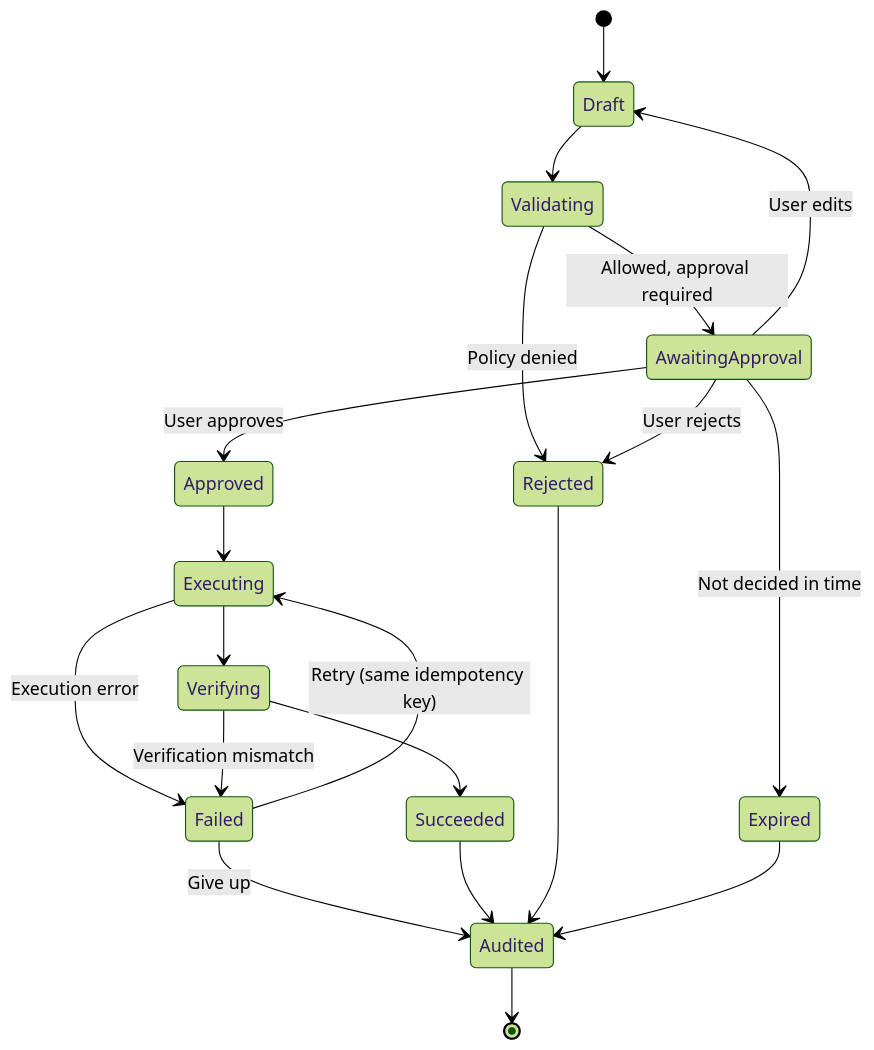
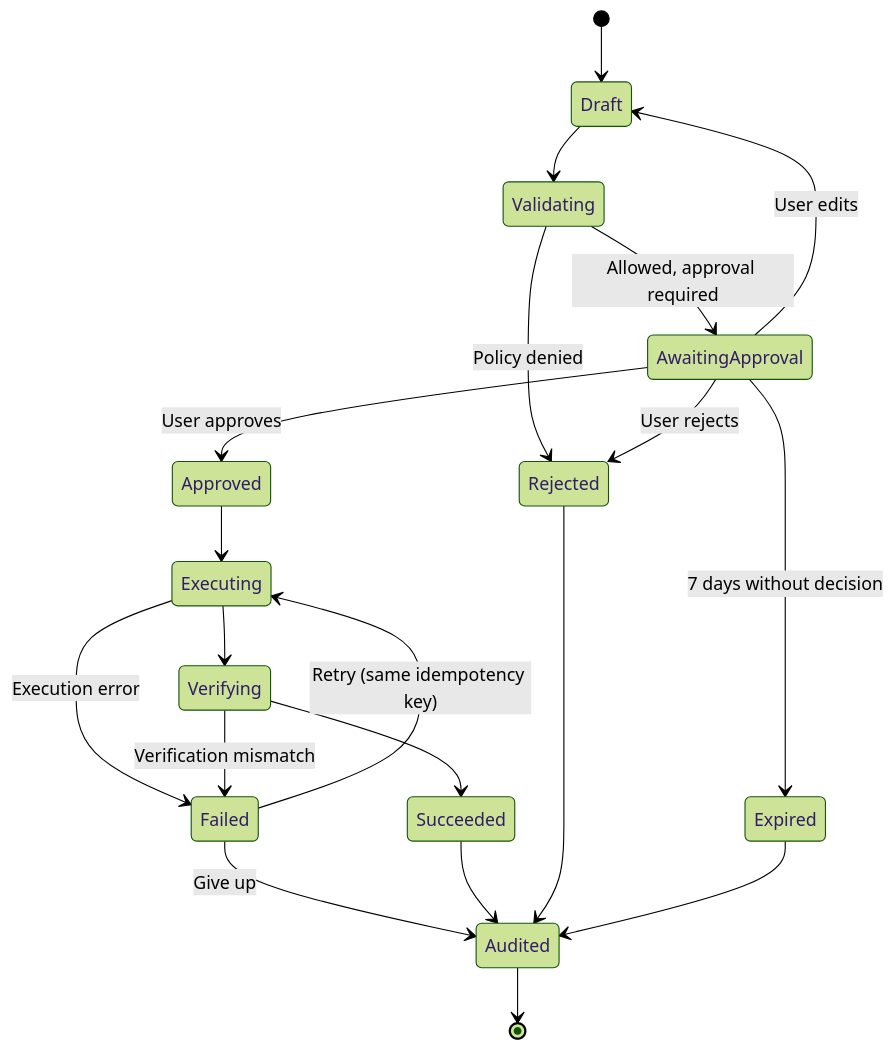
Before and after one commit to JosuaIF23/ORIVANA: the second of 2 diagrams in docs/PRD.md, drawn with Mermaid (forest theme). The commit also changed other lines of this file and 2 other files, not shown here.

````diff
--- a/docs/PRD.md
+++ b/docs/PRD.md
@@ -543,22 +762,22 @@
 ```mermaid
 stateDiagram-v2
     [*] --> Draft
     Draft --> Validating
     Validating --> AwaitingApproval: Allowed, approval required
     Validating --> Rejected: Policy denied
     AwaitingApproval --> Draft: User edits
     AwaitingApproval --> Approved: User approves
     AwaitingApproval --> Rejected: User rejects
-    AwaitingApproval --> Expired: Not decided in time
+    AwaitingApproval --> Expired: 7 days without decision
     Approved --> Executing
     Executing --> Verifying
     Executing --> Failed: Execution error
     Verifying --> Succeeded
     Verifying --> Failed: Verification mismatch
     Failed --> Executing: Retry (same idempotency key)
     Failed --> Audited: Give up
     Succeeded --> Audited
     Rejected --> Audited
     Expired --> Audited
     Audited --> [*]
 ```
````
